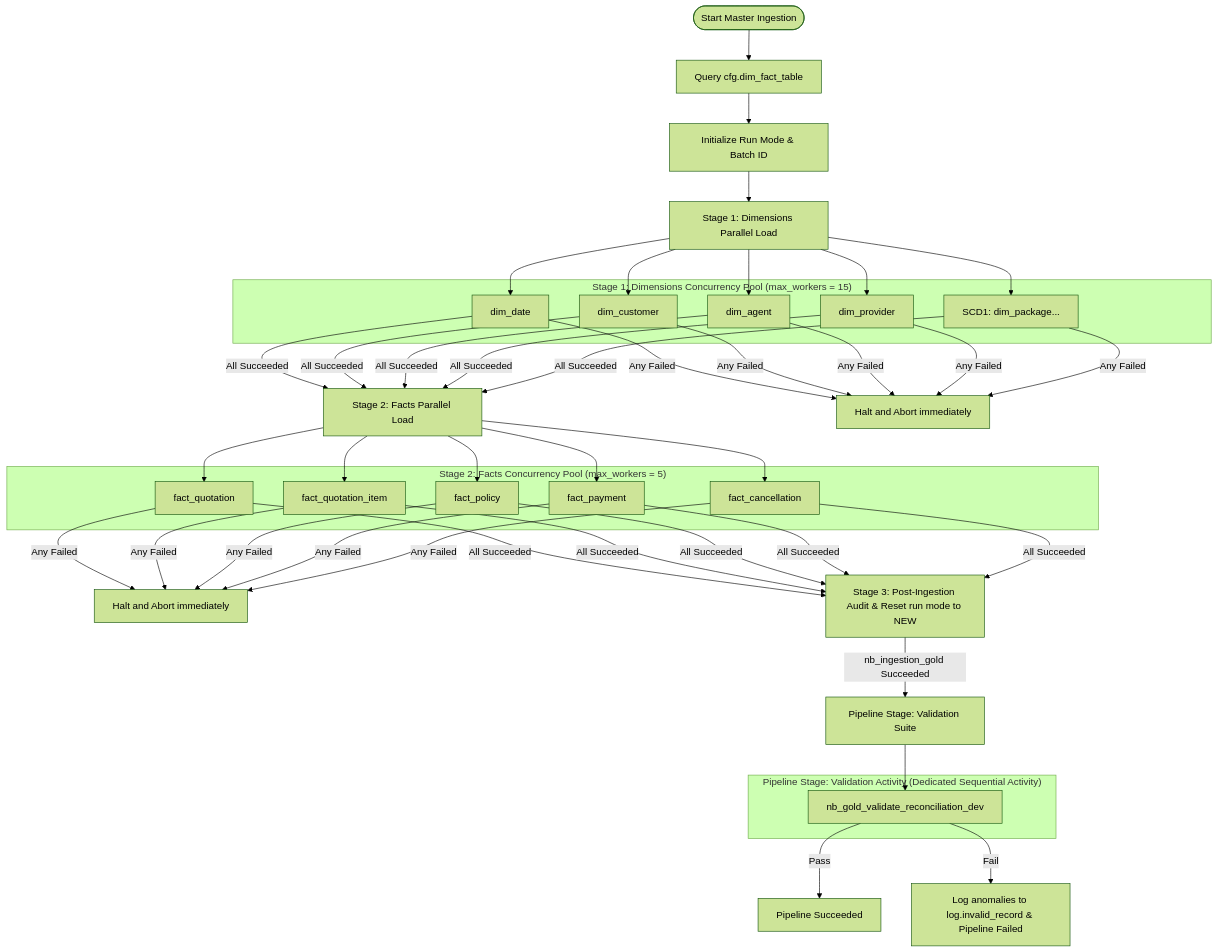
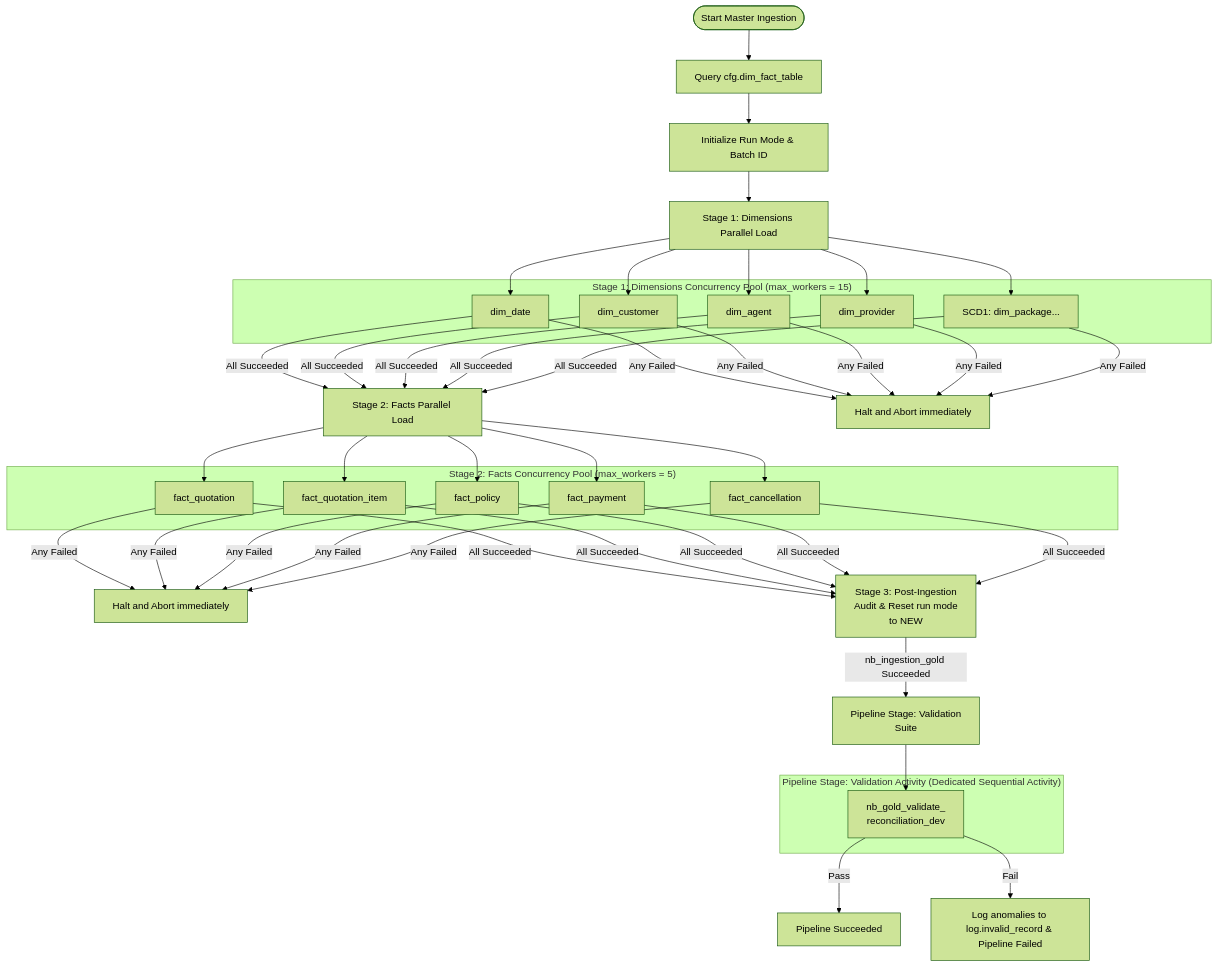
The second of 3 diagrams in docs/fabric-strategy-for-implementing-gold-layer/01-orchestration-and-concurrency.md (anhtnt90dev/rookies-data-dn-2026), drawn with Mermaid (forest theme) before and after one commit. The commit also changed other lines of this file and 58 other files, not shown here.

````diff
--- a/docs/fabric-strategy-for-implementing-gold-layer/01-orchestration-and-concurrency.md
+++ b/docs/fabric-strategy-for-implementing-gold-layer/01-orchestration-and-concurrency.md
@@ -33,40 +33,40 @@
 ```mermaid
 graph TD
     Start([Start Master Ingestion]) --> FetchConfig[Query cfg.dim_fact_table]
     FetchConfig --> InitContext[Initialize Run Mode & Batch ID]
     
     InitContext --> Stage1[Stage 1: Dimensions Parallel Load]
     subgraph "Stage 1: Dimensions Concurrency Pool (max_workers = 15)"
         D1[dim_date]
         D2[dim_customer]
         D3[dim_agent]
         D4[dim_provider]
         D5["SCD1: dim_package..."]
     end
     Stage1 --> D1 & D2 & D3 & D4 & D5
     
     D1 & D2 & D3 & D4 & D5 -->|All Succeeded| Stage2[Stage 2: Facts Parallel Load]
     D1 & D2 & D3 & D4 & D5 -->|Any Failed| Halt1[Halt and Abort immediately]
     
     subgraph "Stage 2: Facts Concurrency Pool (max_workers = 5)"
         F1[fact_quotation]
         F2[fact_quotation_item]
         F3[fact_policy]
         F4[fact_payment]
         F5[fact_cancellation]
     end
     Stage2 --> F1 & F2 & F3 & F4 & F5
     
     F1 & F2 & F3 & F4 & F5 -->|Any Failed| Halt2[Halt and Abort immediately]
-    F1 & F2 & F3 & F4 & F5 -->|All Succeeded| Stage3[Stage 3: Post-Ingestion Audit & Reset run mode to NEW]
+    F1 & F2 & F3 & F4 & F5 -->|All Succeeded| Stage3[Stage 3: Post-Ingestion<br/>Audit & Reset run mode<br/>to NEW]
     
-    Stage3 -->|nb_ingestion_gold Succeeded| Stage4[Pipeline Stage: Validation Suite]
+    Stage3 -->|nb_ingestion_gold Succeeded| Stage4[Pipeline Stage: Validation<br/>Suite]
     
     subgraph "Pipeline Stage: Validation Activity (Dedicated Sequential Activity)"
-        V1[nb_gold_validate_reconciliation_dev]
+        V1[nb_gold_validate_<br/>reconciliation_dev]
     end
     Stage4 --> V1
     
     V1 -->|Pass| Success[Pipeline Succeeded]
     V1 -->|Fail| Halt3[Log anomalies to log.invalid_record & Pipeline Failed]
 ```
````
